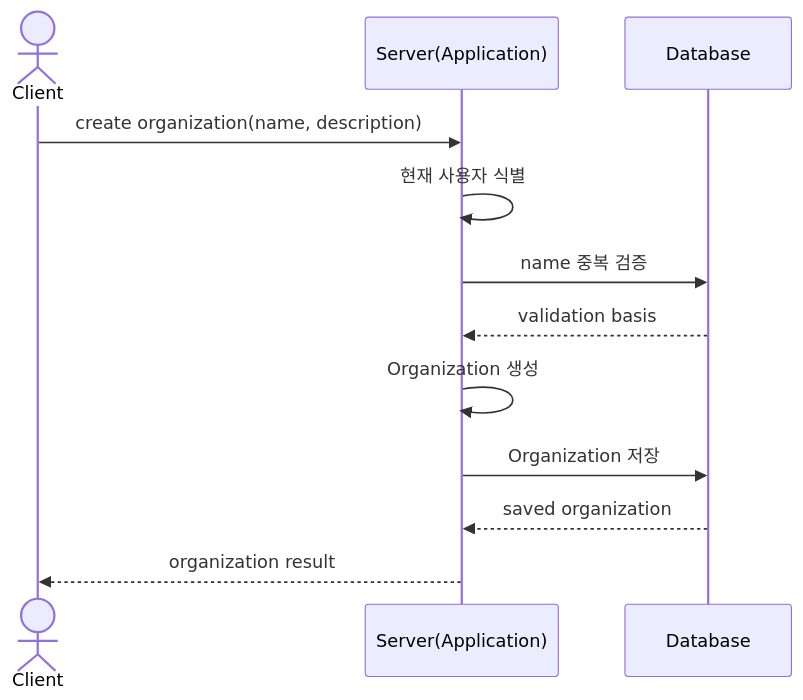
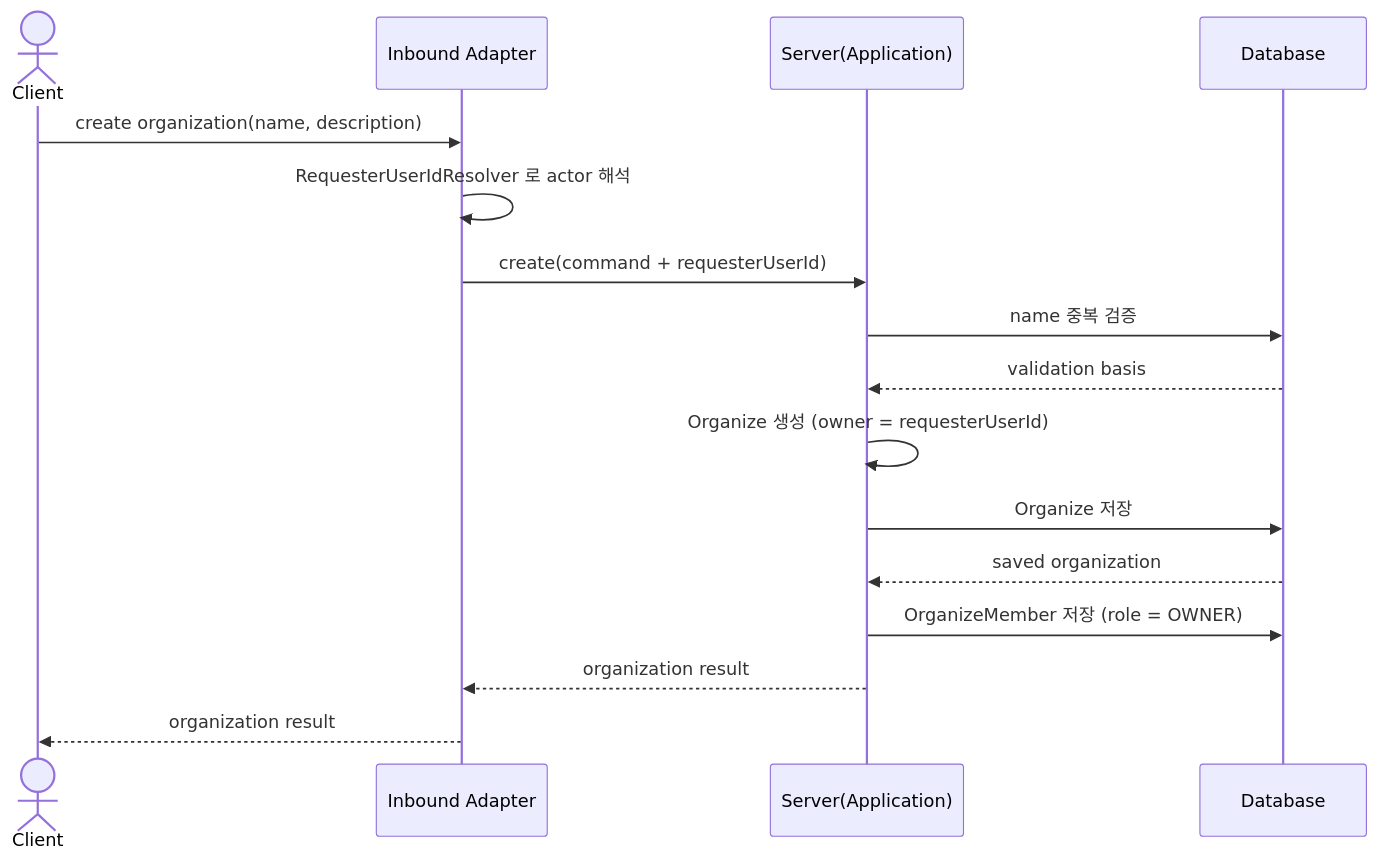
Before and after one commit to jgitkins/jgitkins: the third of 5 diagrams in docs/bounded-context/collaboration/diagrams.md, drawn with Mermaid. The commit also changed other lines of this file, not shown here.

First line of the commit message:
docs(collaboration): update the diagrams to the flow the code actually runs

````diff
--- a/docs/bounded-context/collaboration/diagrams.md
+++ b/docs/bounded-context/collaboration/diagrams.md
@@ -85,15 +87,19 @@
 ```mermaid
 sequenceDiagram
     actor Client
+    participant In as Inbound Adapter
     participant App as Server(Application)
     participant DB as Database
 
-    Client->>App: create organization(name, description)
-    App->>App: 현재 사용자 식별
+    Client->>In: create organization(name, description)
+    In->>In: RequesterUserIdResolver 로 actor 해석
+    In->>App: create(command + requesterUserId)
     App->>DB: name 중복 검증
     DB-->>App: validation basis
-    App->>App: Organization 생성
-    App->>DB: Organization 저장
+    App->>App: Organize 생성 (owner = requesterUserId)
+    App->>DB: Organize 저장
     DB-->>App: saved organization
-    App-->>Client: organization result
+    App->>DB: OrganizeMember 저장 (role = OWNER)
+    App-->>In: organization result
+    In-->>Client: organization result
 ```
````
